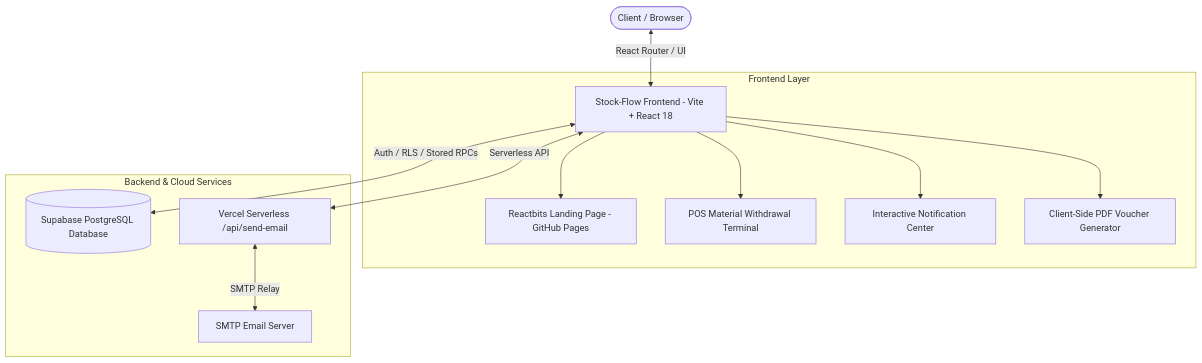
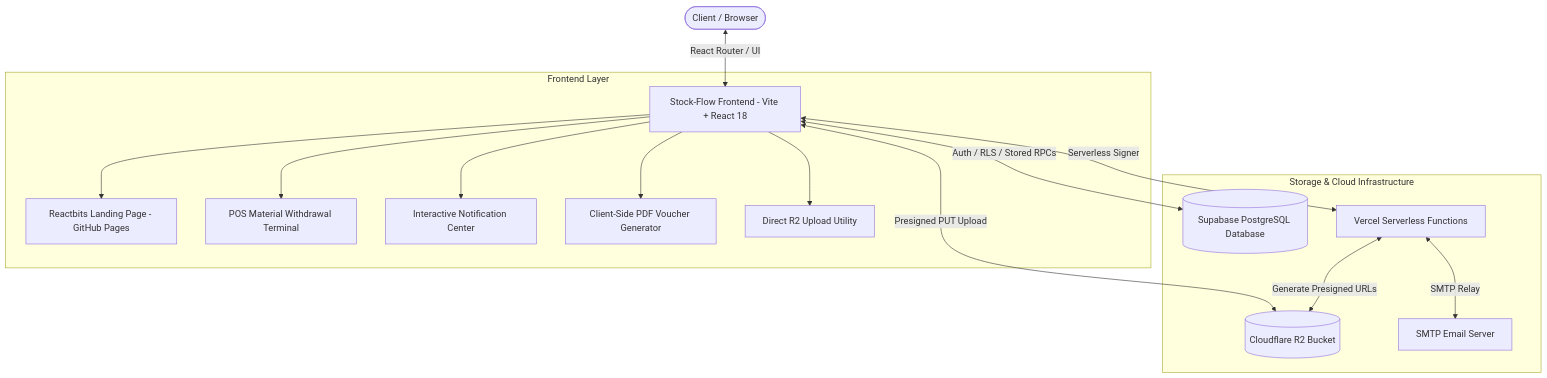
One commit to EEMEEMMEEx/Stock-Flow changed the diagram in README.md. Above: the diagram before and after it, drawn with Mermaid. The commit also changed other lines of this file, not shown here.

Commit message:
docs: update README with Cloudflare R2 architecture, baseline migrations, and v1.0.1 details

````diff
--- a/README.md
+++ b/README.md
@@ -74,17 +85,20 @@
 ```mermaid
 graph TD
     User([Client / Browser]) <--> |React Router / UI| SPA[Stock-Flow Frontend - Vite + React 18]
     
     subgraph Frontend Layer
         SPA --> Landing[Reactbits Landing Page - GitHub Pages]
         SPA --> POS[POS Material Withdrawal Terminal]
         SPA --> Notifications[Interactive Notification Center]
         SPA --> PDFEngine[Client-Side PDF Voucher Generator]
+        SPA --> R2Client[Direct R2 Upload Utility]
     end
 
-    subgraph Backend & Cloud Services
+    subgraph Storage & Cloud Infrastructure
         SPA <--> |Auth / RLS / Stored RPCs| Supabase[(Supabase PostgreSQL Database)]
-        SPA <--> |Serverless API| VercelAPI[Vercel Serverless /api/send-email]
+        SPA <--> |Presigned PUT Upload| R2Bucket[(Cloudflare R2 Bucket)]
+        SPA <--> |Serverless Signer| VercelAPI[Vercel Serverless Functions]
+        VercelAPI <--> |Generate Presigned URLs| R2Bucket
         VercelAPI <--> |SMTP Relay| MailServer[SMTP Email Server]
     end
 ```
````
